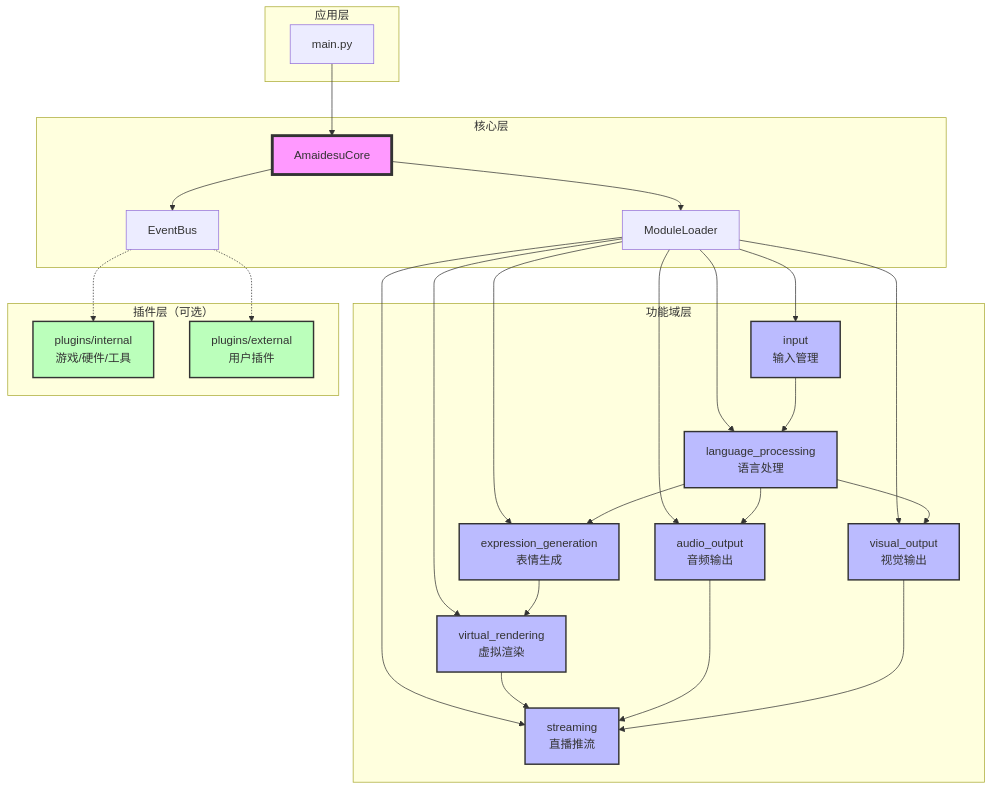
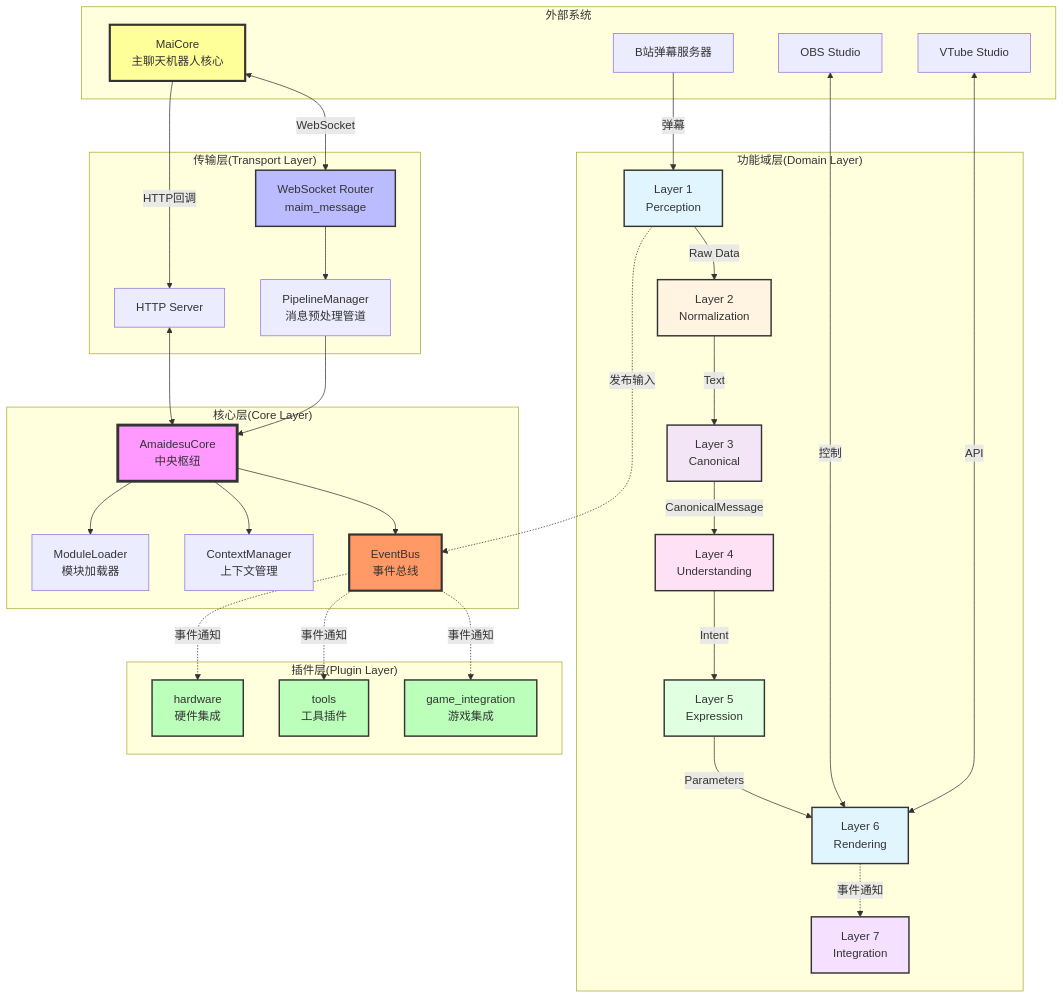
Before and after one commit to Mai-with-u/Amaidesu: the third of 3 diagrams in refactor.md, drawn with Mermaid. The commit also changed other lines of this file, not shown here.

````diff
--- a/refactor.md
+++ b/refactor.md
@@ -1181,62 +420,85 @@
 ```mermaid
 graph TB
-    subgraph "应用层"
-        Main[main.py]
+    subgraph "外部系统"
+        MaiCore[MaiCore<br/>主聊天机器人核心]
+        Bilibili[B站弹幕服务器]
+        OBS[OBS Studio]
+        VTS[VTube Studio]
     end
 
-    subgraph "核心层"
-        Core[AmaidesuCore]
-        EventBus[EventBus]
-        ModuleLoader[ModuleLoader]
+    subgraph "传输层(Transport Layer)"
+        Router[WebSocket Router<br/>maim_message]
+        HTTP[HTTP Server]
+        Pipeline[PipelineManager<br/>消息预处理管道]
     end
 
-    subgraph "功能域层"
-        Input[input<br/>输入管理]
-        LangProc[language_processing<br/>语言处理]
-        ExprGen[expression_generation<br/>表情生成]
-        VirtRend[virtual_rendering<br/>虚拟渲染]
-        AudioOut[audio_output<br/>音频输出]
-        VisOut[visual_output<br/>视觉输出]
-        Stream[streaming<br/>直播推流]
+    subgraph "核心层(Core Layer)"
+        AmaidesuCore[AmaidesuCore<br/>中央枢纽]
+        EventBus[EventBus<br/>事件总线]
+        Context[ContextManager<br/>上下文管理]
+        ModuleLoader[ModuleLoader<br/>模块加载器]
     end
 
-    subgraph "插件层（可选）"
-        PluginInt[plugins/internal<br/>游戏/硬件/工具]
-        PluginExt[plugins/external<br/>用户插件]
+    subgraph "功能域层(Domain Layer)"
+        Perception[Layer 1<br/>Perception]
+        Normalization[Layer 2<br/>Normalization]
+        Canonical[Layer 3<br/>Canonical]
+        Understanding[Layer 4<br/>Understanding]
+        Expression[Layer 5<br/>Expression]
+        Rendering[Layer 6<br/>Rendering]
+        Integration[Layer 7<br/>Integration]
     end
 
-    Main --> Core
-    Core --> EventBus
-    Core --> ModuleLoader
+    subgraph "插件层(Plugin Layer)"
+        GameInt[game_integration<br/>游戏集成]
+        Tools[tools<br/>工具插件]
+        Hardware[hardware<br/>硬件集成]
+    end
 
-    ModuleLoader --> Input
-    ModuleLoader --> LangProc
-    ModuleLoader --> ExprGen
-    ModuleLoader --> VirtRend
-    ModuleLoader --> AudioOut
-    ModuleLoader --> VisOut
-    ModuleLoader --> Stream
+    %% 外部连接
+    MaiCore <-->|WebSocket| Router
+    MaiCore -->|HTTP回调| HTTP
+    Bilibili -->|弹幕| Perception
+    OBS <-->|控制| Rendering
+    VTS <-->|API| Rendering
 
-    Input --> LangProc
-    LangProc --> ExprGen
-    ExprGen --> VirtRend
-    LangProc --> AudioOut
-    LangProc --> VisOut
-    VirtRend --> Stream
-    AudioOut --> Stream
-    VisOut --> Stream
+    %% 传输层内部
+    Router --> Pipeline
+    Pipeline --> AmaidesuCore
+    HTTP <--> AmaidesuCore
 
-    EventBus -.-> PluginInt
-    EventBus -.-> PluginExt
+    %% 核心层内部
+    AmaidesuCore --> EventBus
+    AmaidesuCore --> Context
+    AmaidesuCore --> ModuleLoader
 
-    style Core fill:#f9f,stroke:#333,stroke-width:4px
-    style Input fill:#bbf,stroke:#333,stroke-width:2px
-    style LangProc fill:#bbf,stroke:#333,stroke-width:2px
-    style ExprGen fill:#bbf,stroke:#333,stroke-width:2px
-    style VirtRend fill:#bbf,stroke:#333,stroke-width:2px
-    style AudioOut fill:#bbf,stroke:#333,stroke-width:2px
-    style VisOut fill:#bbf,stroke:#333,stroke-width:2px
-    style Stream fill:#bbf,stroke:#333,stroke-width:2px
-    style PluginInt fill:#bfb,stroke:#333,stroke-width:2px
-    style PluginExt fill:#bfb,stroke:#333,stroke-width:2px
+    %% 功能域数据流(单向依赖)
+    Perception -->|"Raw Data"| Normalization
+    Normalization -->|"Text"| Canonical
+    Canonical -->|"CanonicalMessage"| Understanding
+    Understanding -->|"Intent"| Expression
+    Expression -->|"Parameters"| Rendering
+    Rendering -.事件通知.-> Integration
+
+    %% 插件层事件交互
+    EventBus -.事件通知.-> GameInt
+    EventBus -.事件通知.-> Tools
+    EventBus -.事件通知.-> Hardware
+    Perception -.发布输入.-> EventBus
+
+    %% 样式
+    style MaiCore fill:#ff9,stroke:#333,stroke-width:3px
+    style Router fill:#bbf,stroke:#333,stroke-width:2px
+    style AmaidesuCore fill:#f9f,stroke:#333,stroke-width:4px
+    style EventBus fill:#f96,stroke:#333,stroke-width:3px
+    style Perception fill:#e1f5ff,stroke:#333,stroke-width:2px
+    style Normalization fill:#fff4e1,stroke:#333,stroke-width:2px
+    style Canonical fill:#f3e5f5,stroke:#333,stroke-width:2px
+    style Understanding fill:#ffe1f5,stroke:#333,stroke-width:2px
+    style Expression fill:#e1ffe1,stroke:#333,stroke-width:2px
+    style Rendering fill:#e1f5ff,stroke:#333,stroke-width:2px
+    style Integration fill:#f5e1ff,stroke:#333,stroke-width:2px
+    style GameInt fill:#bfb,stroke:#333,stroke-width:2px
+    style Tools fill:#bfb,stroke:#333,stroke-width:2px
+    style Hardware fill:#bfb,stroke:#333,stroke-width:2px
 ```
````
